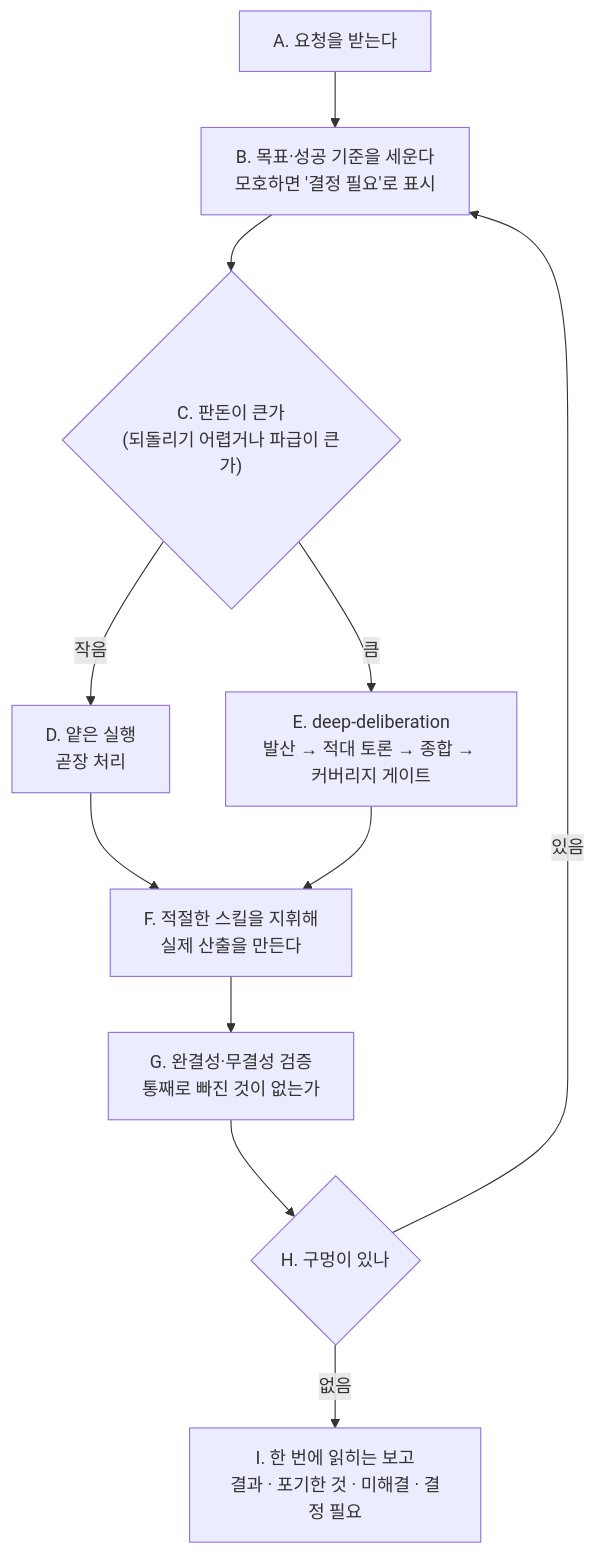
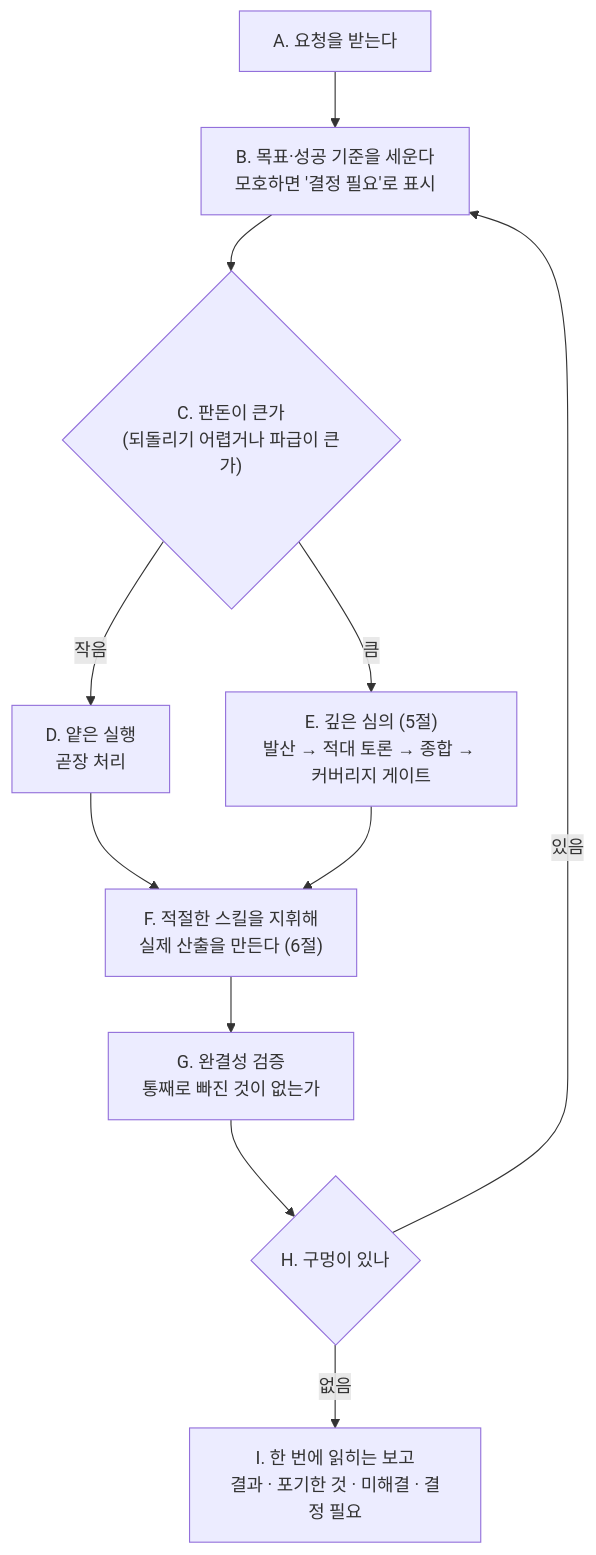
Before and after one commit to GeonwooKim-fitogether/Template-repository: the diagram in .claude/agents/kimpm.md, drawn with Mermaid. The commit also changed other lines of this file and 5 other files, not shown here.

First line of the commit message:
refactor: deep-deliberation 스킬을 KimPM 내장 능력으로 흡수

````diff
--- a/.claude/agents/kimpm.md
+++ b/.claude/agents/kimpm.md
@@ -45,19 +45,19 @@
 ```mermaid
 flowchart TD
     A["A. 요청을 받는다"]
     B["B. 목표·성공 기준을 세운다<br/>모호하면 '결정 필요'로 표시"]
     C{"C. 판돈이 큰가<br/>(되돌리기 어렵거나 파급이 큰가)"}
     D["D. 얕은 실행<br/>곧장 처리"]
-    E["E. deep-deliberation<br/>발산 → 적대 토론 → 종합 → 커버리지 게이트"]
-    F["F. 적절한 스킬을 지휘해<br/>실제 산출을 만든다"]
-    G["G. 완결성·무결성 검증<br/>통째로 빠진 것이 없는가"]
+    E["E. 깊은 심의 (5절)<br/>발산 → 적대 토론 → 종합 → 커버리지 게이트"]
+    F["F. 적절한 스킬을 지휘해<br/>실제 산출을 만든다 (6절)"]
+    G["G. 완결성 검증<br/>통째로 빠진 것이 없는가"]
     H{"H. 구멍이 있나"}
     I["I. 한 번에 읽히는 보고<br/>결과 · 포기한 것 · 미해결 · 결정 필요"]
 
     A --> B --> C
     C -->|"작음"| D --> F
     C -->|"큼"| E --> F
     F --> G --> H
     H -->|"있음"| B
     H -->|"없음"| I
 ```
````
